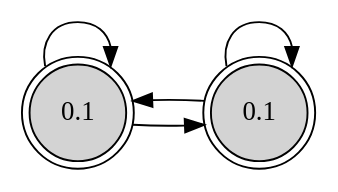
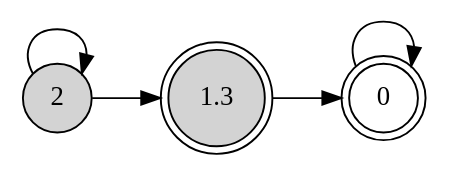
Before and after one commit to ccisman/DAMER: the diagram in cmake-build-debug/SBA.dot, drawn with Graphviz. The commit also changed 84 other files, not shown here.

```diff
--- a/cmake-build-debug/SBA.dot
+++ b/cmake-build-debug/SBA.dot
@@ -1,10 +1,11 @@
 digraph SBA{
 	rankdir=LR
-	0 [shape=doublecircle,style=filled,label="0.1"]
-	1 [shape=doublecircle,style=filled,label="0.1"]
+	0 [shape=circle,style=filled,label="2"]
+	1 [shape=doublecircle,style=filled,label="1.3"]
+	2 [shape=doublecircle,label="0"]
 
 	0->0
 	0->1
-	1->0
-	1->1
+	1->2
+	2->2
 }
```
